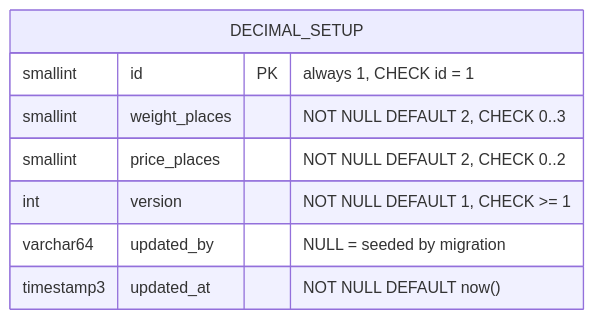
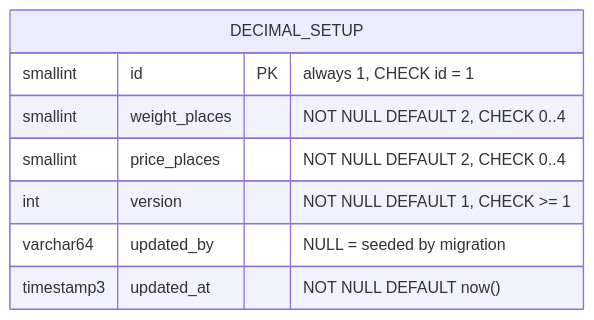
One commit to jeweal-pm/gms-system-monorepo changed the diagram in document/apps/backend/master/decimal-setup/database-diagram.md. Above: the diagram before and after it, drawn with Mermaid. The commit also changed other lines of this file and 50 other files, not shown here.

````diff
--- a/document/apps/backend/master/decimal-setup/database-diagram.md
+++ b/document/apps/backend/master/decimal-setup/database-diagram.md
@@ -5,11 +5,11 @@
 ```mermaid
 erDiagram
   DECIMAL_SETUP {
     smallint id PK "always 1, CHECK id = 1"
-    smallint weight_places "NOT NULL DEFAULT 2, CHECK 0..3"
-    smallint price_places "NOT NULL DEFAULT 2, CHECK 0..2"
+    smallint weight_places "NOT NULL DEFAULT 2, CHECK 0..4"
+    smallint price_places "NOT NULL DEFAULT 2, CHECK 0..4"
     int version "NOT NULL DEFAULT 1, CHECK >= 1"
     varchar64 updated_by "NULL = seeded by migration"
     timestamp3 updated_at "NOT NULL DEFAULT now()"
   }
 ```
````
